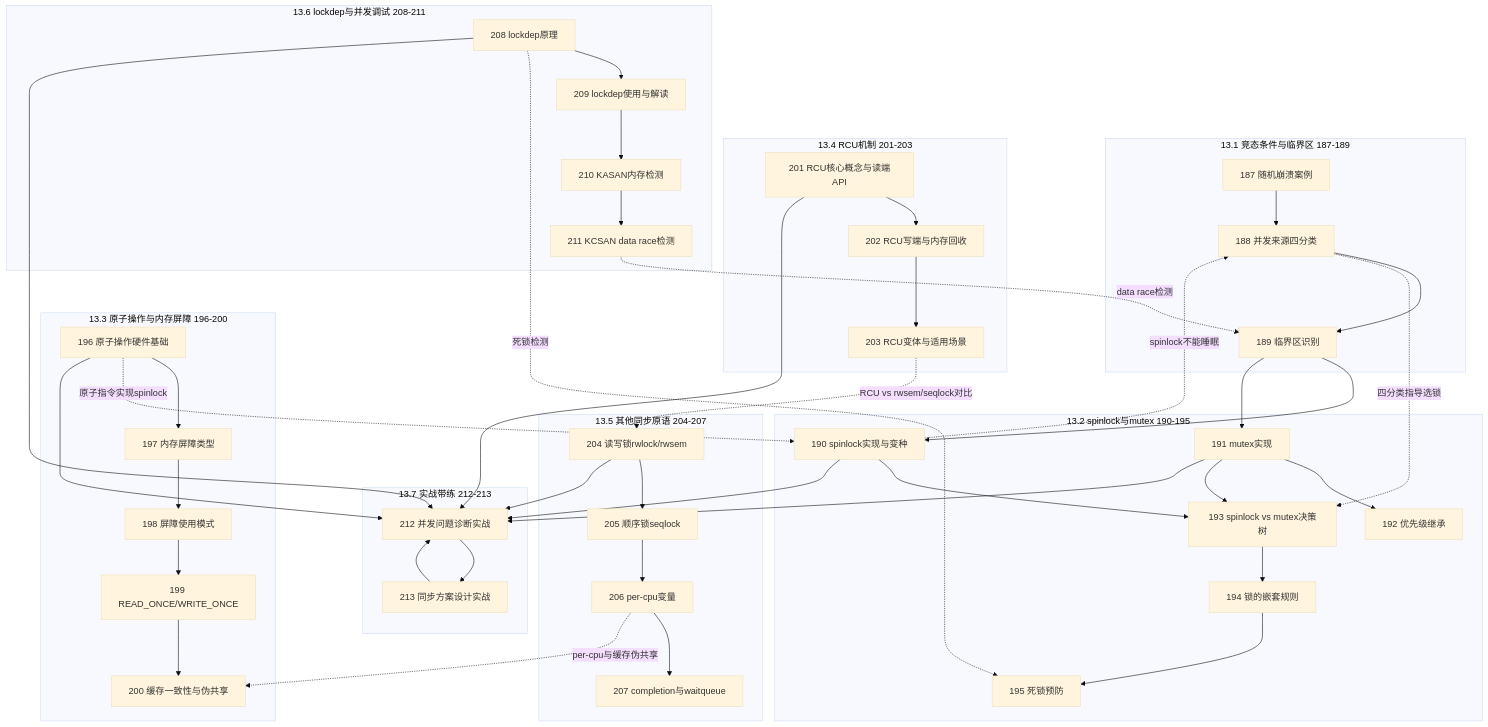
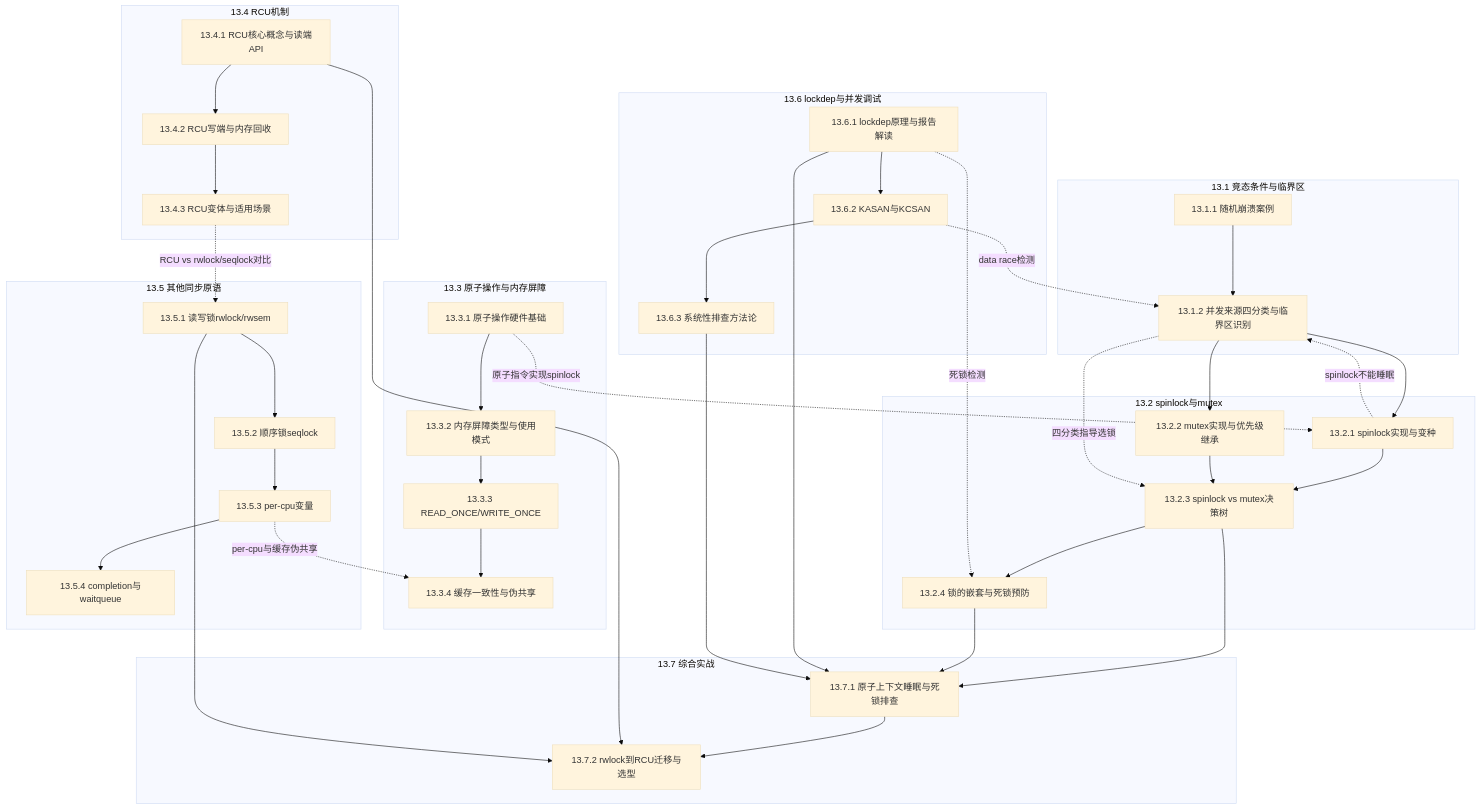
Before and after one commit to xiaohong0925/Embedded_Knowledge_System_V2026: the diagram in docs/02-核心机制深度解析/第13章 并发与同步/13.99_知识图谱与查漏补缺.md, drawn with Mermaid (base theme). The commit also changed other lines of this file and 43 other files, not shown here.

````diff
--- a/docs/02-核心机制深度解析/第13章 并发与同步/13.99_知识图谱与查漏补缺.md
+++ b/docs/02-核心机制深度解析/第13章 并发与同步/13.99_知识图谱与查漏补缺.md
@@ -19,94 +22,83 @@
 ```mermaid
 graph TD
-    subgraph 13.1[13.1 竞态条件与临界区 187-189]
-        K187[187 随机崩溃案例]
-        K188[188 并发来源四分类]
-        K189[189 临界区识别]
+    subgraph 13.1[13.1 竞态条件与临界区]
+        S111[13.1.1 随机崩溃案例]
+        S112[13.1.2 并发来源四分类与临界区识别]
     end
 
-    subgraph 13.2[13.2 spinlock与mutex 190-195]
-        K190[190 spinlock实现与变种]
-        K191[191 mutex实现]
-        K192[192 优先级继承]
-        K193[193 spinlock vs mutex决策树]
-        K194[194 锁的嵌套规则]
-        K195[195 死锁预防]
+    subgraph 13.2[13.2 spinlock与mutex]
+        S121[13.2.1 spinlock实现与变种]
+        S122[13.2.2 mutex实现与优先级继承]
+        S123[13.2.3 spinlock vs mutex决策树]
+        S124[13.2.4 锁的嵌套与死锁预防]
     end
 
-    subgraph 13.3[13.3 原子操作与内存屏障 196-200]
-        K196[196 原子操作硬件基础]
-        K197[197 内存屏障类型]
-        K198[198 屏障使用模式]
-        K199[199 READ_ONCE/WRITE_ONCE]
-        K200[200 缓存一致性与伪共享]
+    subgraph 13.3[13.3 原子操作与内存屏障]
+        S131[13.3.1 原子操作硬件基础]
+        S132[13.3.2 内存屏障类型与使用模式]
+        S133[13.3.3 READ_ONCE/WRITE_ONCE]
+        S134[13.3.4 缓存一致性与伪共享]
     end
 
-    subgraph 13.4[13.4 RCU机制 201-203]
-        K201[201 RCU核心概念与读端API]
-        K202[202 RCU写端与内存回收]
-        K203[203 RCU变体与适用场景]
+    subgraph 13.4[13.4 RCU机制]
+        S141[13.4.1 RCU核心概念与读端API]
+        S142[13.4.2 RCU写端与内存回收]
+        S143[13.4.3 RCU变体与适用场景]
     end
 
-    subgraph 13.5[13.5 其他同步原语 204-207]
-        K204[204 读写锁rwlock/rwsem]
-        K205[205 顺序锁seqlock]
-        K206[206 per-cpu变量]
-        K207[207 completion与waitqueue]
+    subgraph 13.5[13.5 其他同步原语]
+        S151[13.5.1 读写锁rwlock/rwsem]
+        S152[13.5.2 顺序锁seqlock]
+        S153[13.5.3 per-cpu变量]
+        S154[13.5.4 completion与waitqueue]
     end
 
-    subgraph 13.6[13.6 lockdep与并发调试 208-211]
-        K208[208 lockdep原理]
-        K209[209 lockdep使用与解读]
-        K210[210 KASAN内存检测]
-        K211[211 KCSAN data race检测]
+    subgraph 13.6[13.6 lockdep与并发调试]
+        S161[13.6.1 lockdep原理与报告解读]
+        S162[13.6.2 KASAN与KCSAN]
+        S163[13.6.3 系统性排查方法论]
     end
 
-    subgraph 13.7[13.7 实战带练 212-213]
-        K212[212 并发问题诊断实战]
-        K213[213 同步方案设计实战]
+    subgraph 13.7[13.7 综合实战]
+        S171[13.7.1 原子上下文睡眠与死锁排查]
+        S172[13.7.2 rwlock到RCU迁移与选型]
     end
 
-    K187 --> K188
-    K188 --> K189
-    K189 --> K190
-    K189 --> K191
-    K190 --> K193
-    K191 --> K192
-    K191 --> K193
-    K193 --> K194
-    K194 --> K195
+    S111 --> S112
+    S112 --> S121
+    S112 --> S122
+    S121 --> S123
+    S122 --> S123
+    S123 --> S124
 
-    K196 --> K197
-    K197 --> K198
-    K198 --> K199
-    K199 --> K200
+    S131 --> S132
+    S132 --> S133
+    S133 --> S134
 
-    K201 --> K202
-    K202 --> K203
+    S141 --> S142
+    S142 --> S143
 
-    K204 --> K205
-    K205 --> K206
-    K206 --> K207
+    S151 --> S152
+    S152 --> S153
+    S153 --> S154
 
-    K208 --> K209
-    K209 --> K210
-    K210 --> K211
+    S161 --> S162
+    S162 --> S163
 
-    K212 --> K213
+    S171 --> S172
 
-    K188 -.四分类指导选锁.-> K193
-    K190 -.spinlock不能睡眠.-> K188
-    K196 -.原子指令实现spinlock.-> K190
-    K203 -.RCU vs rwsem/seqlock对比.-> K204
-    K206 -.per-cpu与缓存伪共享.-> K200
-    K208 -.死锁检测.-> K195
-    K211 -.data race检测.-> K189
+    S112 -.四分类指导选锁.-> S123
+    S121 -.spinlock不能睡眠.-> S112
+    S131 -.原子指令实现spinlock.-> S121
+    S143 -.RCU vs rwlock/seqlock对比.-> S151
+    S153 -.per-cpu与缓存伪共享.-> S134
+    S161 -.死锁检测.-> S124
+    S162 -.data race检测.-> S112
 
-    K190 --> K212
-    K191 --> K212
-    K196 --> K212
-    K201 --> K212
-    K204 --> K212
-    K208 --> K212
-    K213 --> K212
+    S123 --> S171
+    S124 --> S171
+    S161 --> S171
+    S163 --> S171
+    S141 --> S172
+    S151 --> S172
 ```
````
